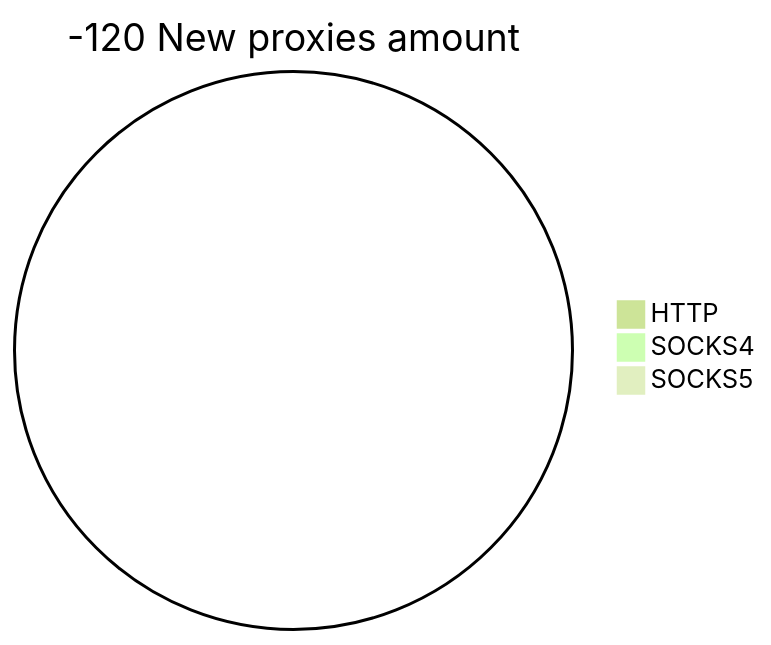
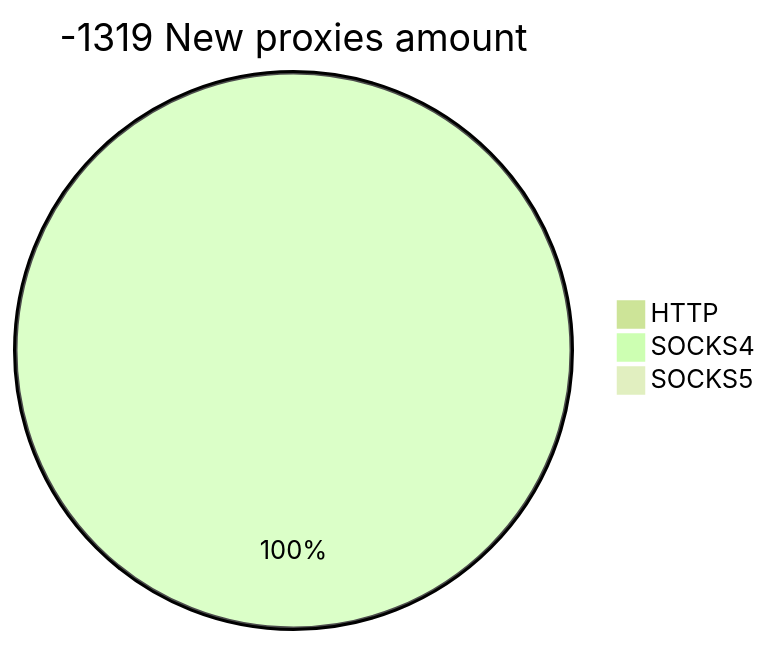
The second of 2 diagrams in README.md (cutipu/proxylist), drawn with Mermaid (forest theme) before and after one commit. The commit also changed other lines of this file, not shown here.

````diff
--- a/README.md
+++ b/README.md
@@ -10,6 +10,6 @@
 ```mermaid
-pie title -120 New proxies amount
+pie title -1319 New proxies amount
     "HTTP" : 0
-    "SOCKS4" : 0
+    "SOCKS4" : 16
     "SOCKS5" : 0
 ```
````
